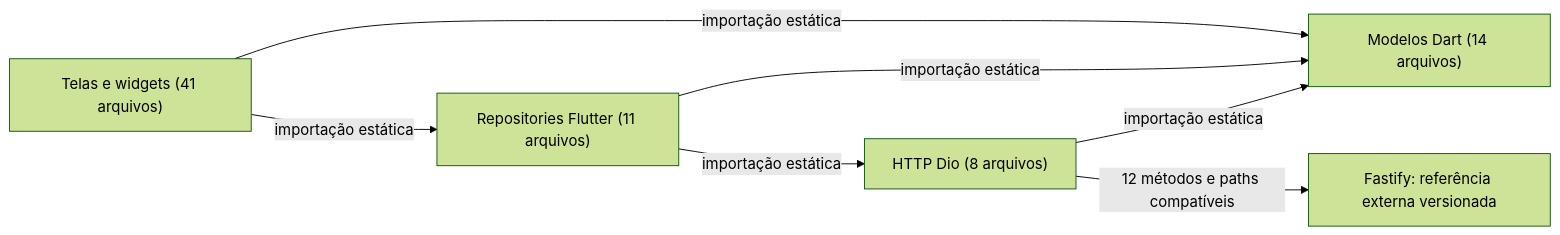
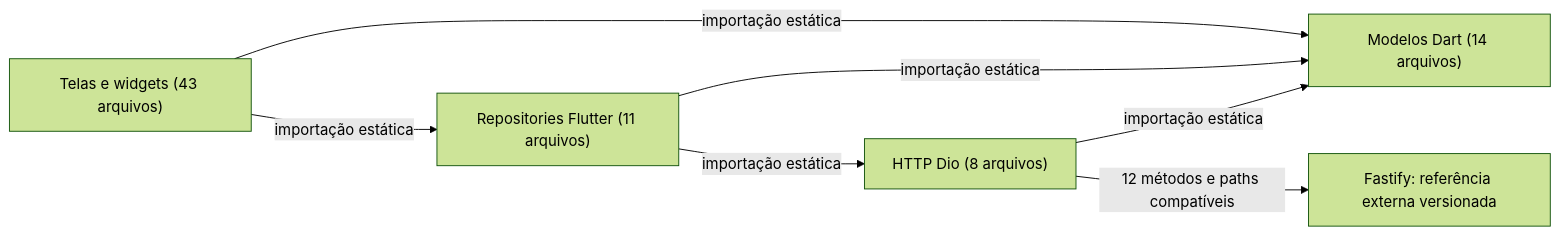
The first of 2 diagrams in docs/arquitetura/README.md (richardcastrogois/TrainForge), drawn with Mermaid (forest theme) before and after one commit. The commit also changed other lines of this file and 40 other files, not shown here.

````diff
--- a/docs/arquitetura/README.md
+++ b/docs/arquitetura/README.md
@@ -19,14 +19,14 @@
 ```mermaid
 flowchart LR
-    node0["Telas e widgets (41 arquivos)"]
+    node0["Telas e widgets (43 arquivos)"]
     node1["Repositories Flutter (11 arquivos)"]
     node2["HTTP Dio (8 arquivos)"]
     node3["Modelos Dart (14 arquivos)"]
     node4["Fastify: referência externa versionada"]
     node2 -->|"importação estática"| node3
     node1 -->|"importação estática"| node2
     node1 -->|"importação estática"| node3
     node0 -->|"importação estática"| node3
     node0 -->|"importação estática"| node1
     node2 -->|"12 métodos e paths compatíveis"| node4
 ```
````
